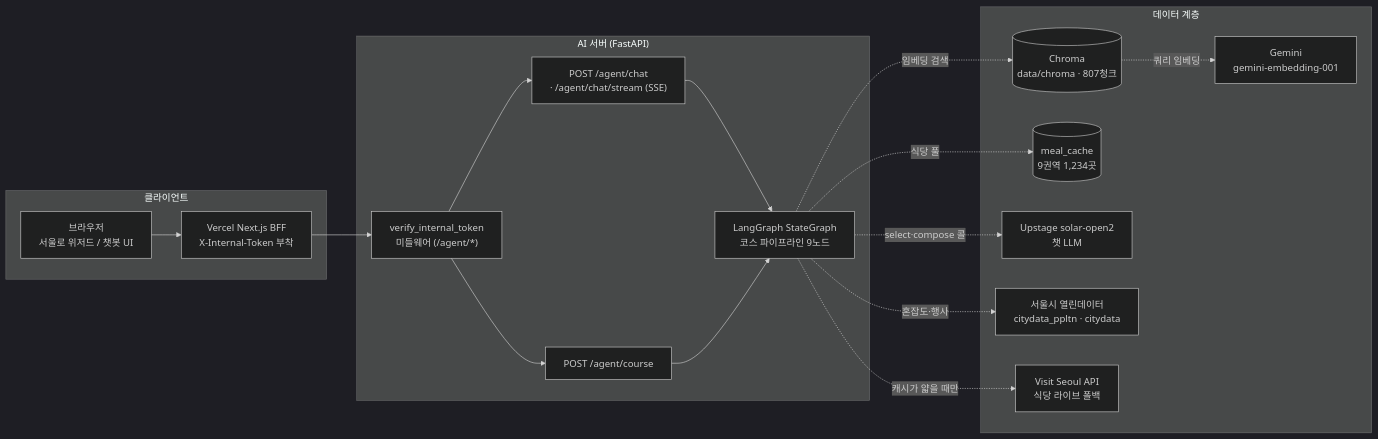
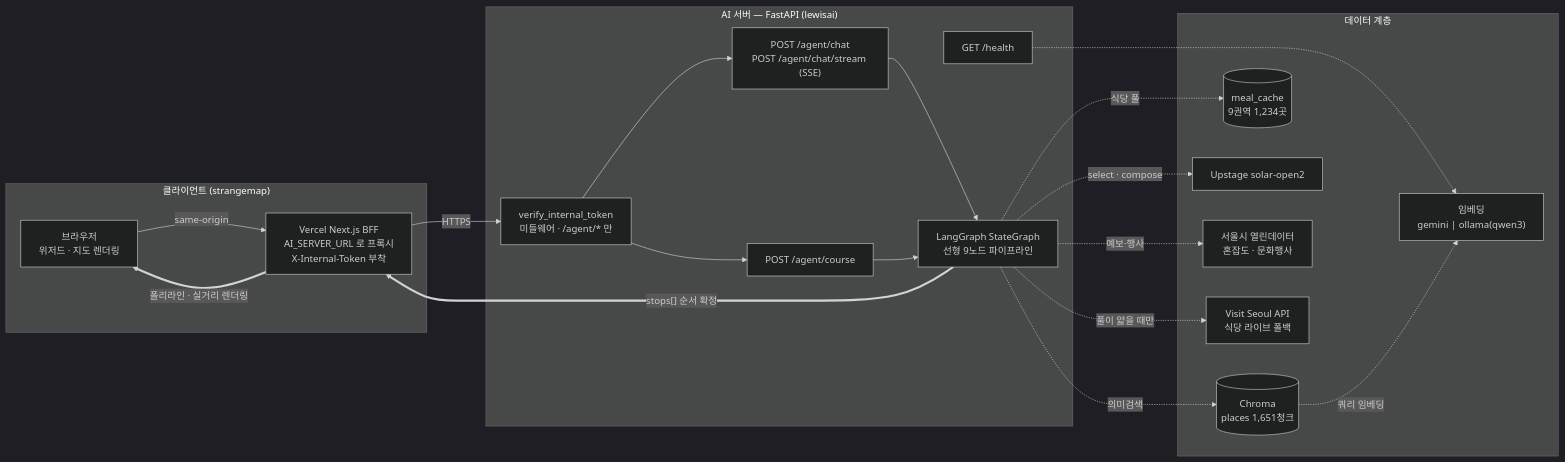
One commit to seoddhh/lewisai changed the first of 3 diagrams in README.md. Above: the diagram before and after it, drawn with Mermaid (dark theme). The commit also changed other lines of this file and 1 other file, not shown here.

````diff
--- a/README.md
+++ b/README.md
@@ -22,33 +54,38 @@
 ```mermaid
 flowchart LR
-    subgraph client["클라이언트"]
-        BR["브라우저<br/>서울로 위저드 / 챗봇 UI"]
-        BFF["Vercel Next.js BFF<br/>X-Internal-Token 부착"]
+    subgraph client["클라이언트 (strangemap)"]
+        BR["브라우저<br/>위저드 · 지도 렌더링"]
+        BFF["Vercel Next.js BFF<br/>AI_SERVER_URL 로 프록시<br/>X-Internal-Token 부착"]
     end
 
-    subgraph server["AI 서버 (FastAPI)"]
-        MW["verify_internal_token<br/>미들웨어 (/agent/*)"]
-        R1["POST /agent/chat<br/>· /agent/chat/stream (SSE)"]
+    subgraph server["AI 서버 — FastAPI (lewisai)"]
+        MW["verify_internal_token<br/>미들웨어 · /agent/* 만"]
+        R1["POST /agent/chat<br/>POST /agent/chat/stream (SSE)"]
         R2["POST /agent/course"]
-        G["LangGraph StateGraph<br/>코스 파이프라인 9노드"]
+        R3["GET /health"]
+        G["LangGraph StateGraph<br/>선형 9노드 파이프라인"]
     end
 
     subgraph data["데이터 계층"]
-        CH[("Chroma<br/>data/chroma · 807청크")]
+        CH[("Chroma<br/>places 1,651청크")]
         MC[("meal_cache<br/>9권역 1,234곳")]
-        SOL["Upstage solar-open2<br/>챗 LLM"]
-        GEM["Gemini<br/>gemini-embedding-001"]
-        SEO["서울시 열린데이터<br/>citydata_ppltn · citydata"]
+        LLM["Upstage solar-open2"]
+        EMB["임베딩<br/>gemini | ollama(qwen3)"]
+        SEO["서울시 열린데이터<br/>혼잡도 · 문화행사"]
         VS["Visit Seoul API<br/>식당 라이브 폴백"]
     end
 
-    BR --> BFF --> MW
+    BR -->|same-origin| BFF
+    BFF -->|HTTPS| MW
     MW --> R1 --> G
     MW --> R2 --> G
-    G -. 임베딩 검색 .-> CH
-    CH -. 쿼리 임베딩 .-> GEM
+    R3 -.-> EMB
+    G -. 의미검색 .-> CH
+    CH -. 쿼리 임베딩 .-> EMB
     G -. 식당 풀 .-> MC
-    G -. 혼잡도·행사 .-> SEO
-    G -. 캐시가 얇을 때만 .-> VS
-    G -. select·compose 콜 .-> SOL
+    G -. 예보·행사 .-> SEO
+    G -. 풀이 얇을 때만 .-> VS
+    G -. select · compose .-> LLM
+    G ==>|"stops[] 순서 확정"| BFF
+    BFF ==>|"폴리라인 · 실거리 렌더링"| BR
 ```
````
